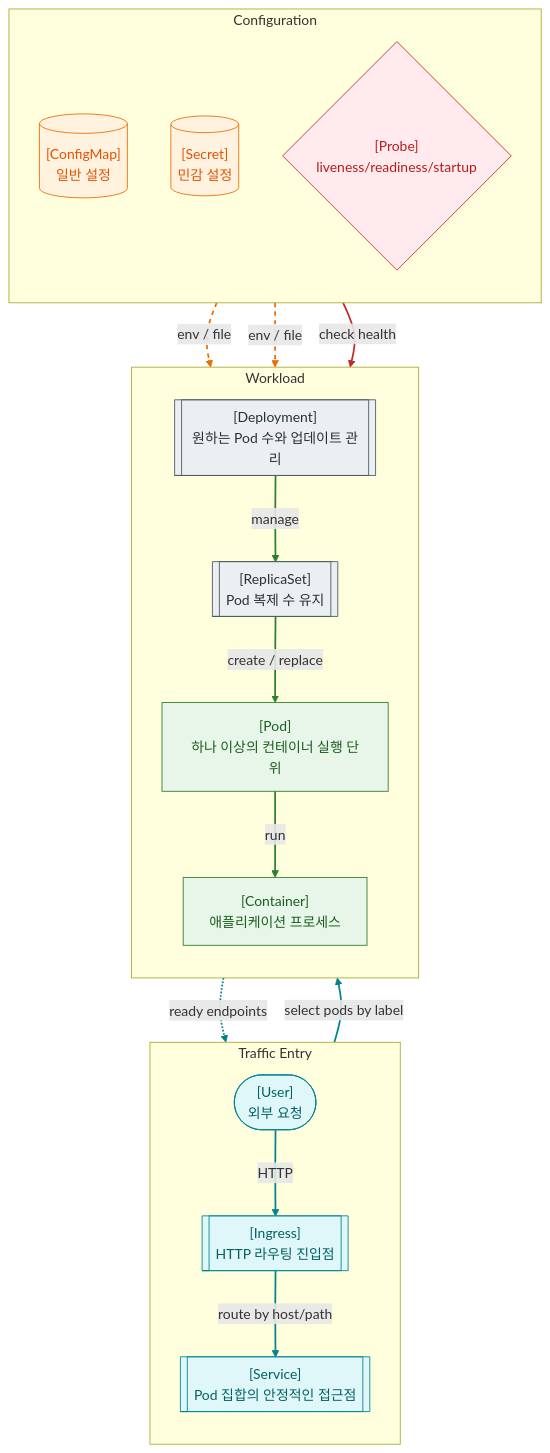
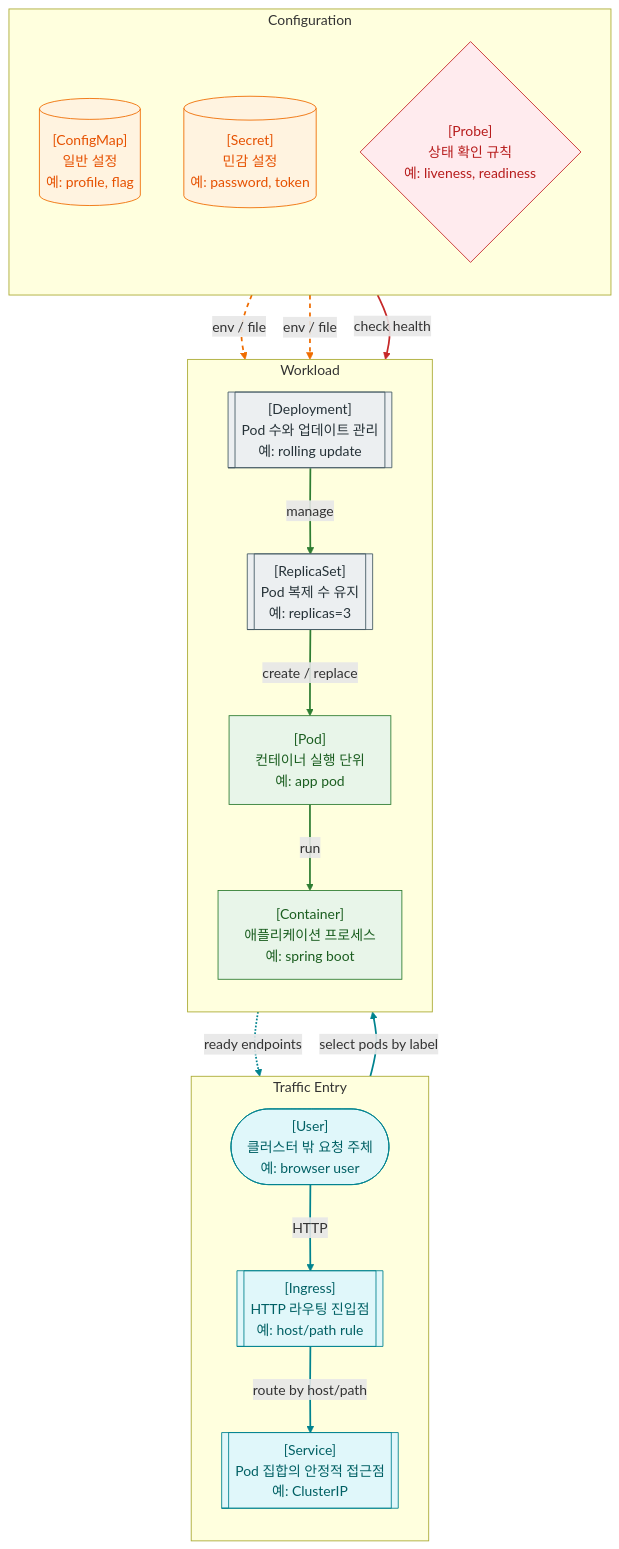
Before and after one commit to thisis-joe/thisis-joe.github.io: the diagram in content/Web-지도/15. Kubernetes 지도 - Pod, Deployment, Service, Ingress, ConfigMap, Secret.md, drawn with Mermaid. The commit also changed other lines of this file and 595 other files, not shown here.

````diff
--- a/content/Web-지도/15. Kubernetes 지도 - Pod, Deployment, Service, Ingress, ConfigMap, Secret.md
+++ b/content/Web-지도/15. Kubernetes 지도 - Pod, Deployment, Service, Ingress, ConfigMap, Secret.md
@@ -14,53 +14,53 @@
 ```mermaid
 flowchart TB
 
 subgraph TRAFFIC["Traffic Entry"]
 direction TB
-USER(["[User]<br/>외부 요청"])
-INGRESS[["[Ingress]<br/>HTTP 라우팅 진입점"]]
-SERVICE[["[Service]<br/>Pod 집합의 안정적인 접근점"]]
+USER(["[User]<br/>클러스터 밖 요청 주체<br/>예: browser user"])
+INGRESS[["[Ingress]<br/>HTTP 라우팅 진입점<br/>예: host/path rule"]]
+SERVICE[["[Service]<br/>Pod 집합의 안정적 접근점<br/>예: ClusterIP"]]
 end
 
 subgraph WORKLOAD["Workload"]
 direction TB
-DEPLOY[["[Deployment]<br/>원하는 Pod 수와 업데이트 관리"]]
-REPLICASET[["[ReplicaSet]<br/>Pod 복제 수 유지"]]
-POD["[Pod]<br/>하나 이상의 컨테이너 실행 단위"]
-CONTAINER["[Container]<br/>애플리케이션 프로세스"]
+DEPLOY[["[Deployment]<br/>Pod 수와 업데이트 관리<br/>예: rolling update"]]
+REPLICASET[["[ReplicaSet]<br/>Pod 복제 수 유지<br/>예: replicas=3"]]
+POD["[Pod]<br/>컨테이너 실행 단위<br/>예: app pod"]
+CONTAINER["[Container]<br/>애플리케이션 프로세스<br/>예: spring boot"]
 end
 
 subgraph CONFIG["Configuration"]
 direction TB
-CONFIGMAP[("[ConfigMap]<br/>일반 설정")]
-SECRET[("[Secret]<br/>민감 설정")]
-PROBE{"[Probe]<br/>liveness/readiness/startup"}
+CONFIGMAP[("[ConfigMap]<br/>일반 설정<br/>예: profile, flag")]
+SECRET[("[Secret]<br/>민감 설정<br/>예: password, token")]
+PROBE{"[Probe]<br/>상태 확인 규칙<br/>예: liveness, readiness"}
 end
 
 USER -->|HTTP| INGRESS
 INGRESS -->|route by host/path| SERVICE
 SERVICE -->|select pods by label| POD
 DEPLOY -->|manage| REPLICASET
 REPLICASET -->|create / replace| POD
 POD -->|run| CONTAINER
 CONFIGMAP -.->|env / file| POD
 SECRET -.->|env / file| POD
 PROBE -->|check health| POD
 POD -.->|ready endpoints| SERVICE
 
 classDef edge fill:#E0F7FA,stroke:#00838F,color:#006064;
 classDef server fill:#E8F5E9,stroke:#2E7D32,color:#1B5E20;
 classDef data fill:#FFF3E0,stroke:#EF6C00,color:#E65100;
 classDef ops fill:#ECEFF1,stroke:#455A64,color:#263238;
 classDef alert fill:#FFEBEE,stroke:#C62828,color:#B71C1C;
 
 class USER,INGRESS,SERVICE edge;
 class POD,CONTAINER server;
 class CONFIGMAP,SECRET data;
 class DEPLOY,REPLICASET ops;
 class PROBE alert;
 
 linkStyle 0,1,2,9 stroke:#00838F,stroke-width:2px;
 linkStyle 3,4,5 stroke:#2E7D32,stroke-width:2px;
 linkStyle 6,7 stroke:#EF6C00,stroke-width:2px,stroke-dasharray:5 5;
 linkStyle 8 stroke:#C62828,stroke-width:2px;
 ```
````
